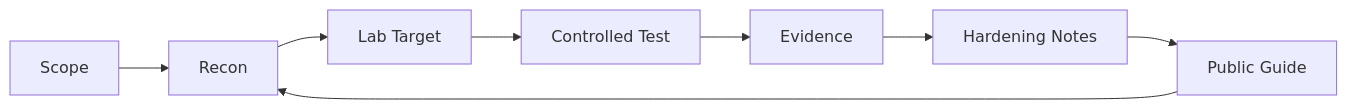
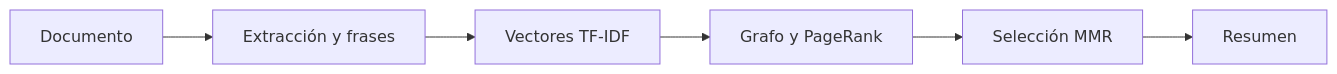
Before and after one commit to Yextep/Yextep: the third of 6 diagrams in README.md, drawn with Mermaid. The commit also changed other lines of this file and 48 other files, not shown here.

````diff
--- a/README.md
+++ b/README.md
@@ -47,10 +114,8 @@
 ```mermaid
 flowchart LR
-    A[Scope] --> B[Recon]
-    B --> C[Lab Target]
-    C --> D[Controlled Test]
-    D --> E[Evidence]
-    E --> F[Hardening Notes]
-    F --> G[Public Guide]
-    G --> B
+  D[Documento] --> E[Extracción y frases]
+  E --> V[Vectores TF-IDF]
+  V --> G[Grafo y PageRank]
+  G --> M[Selección MMR]
+  M --> R[Resumen]
 ```
````
